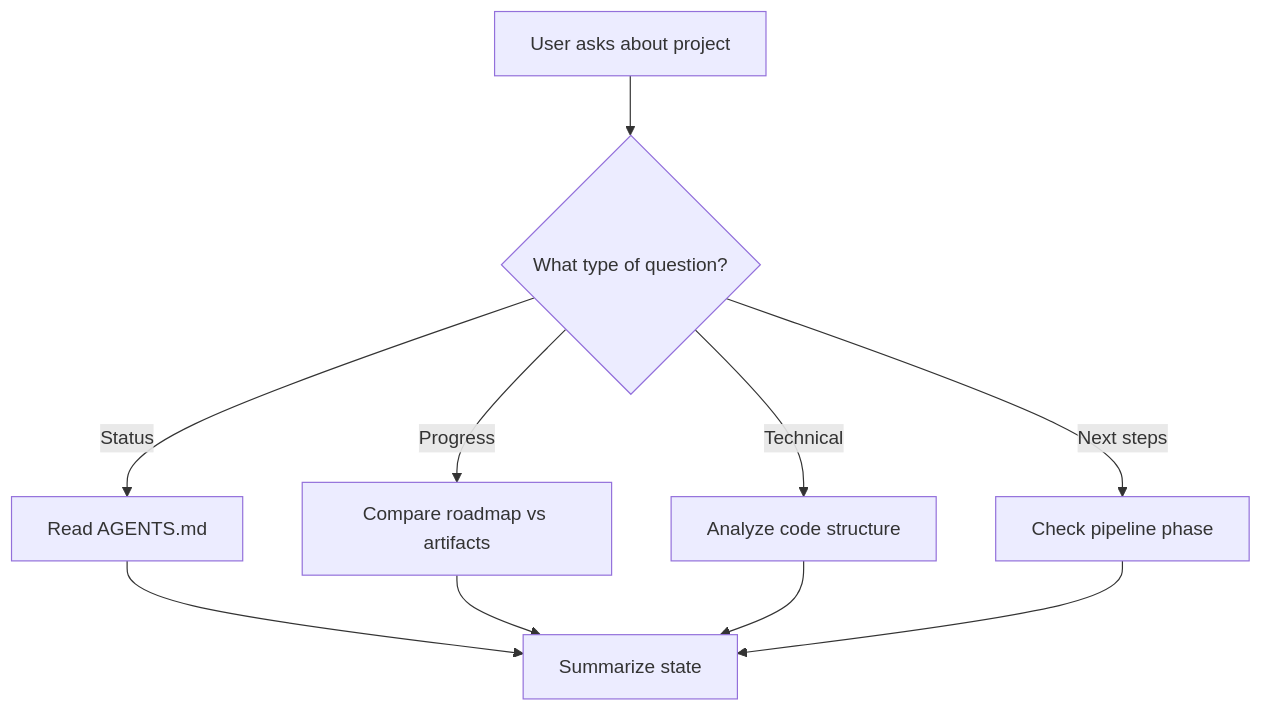
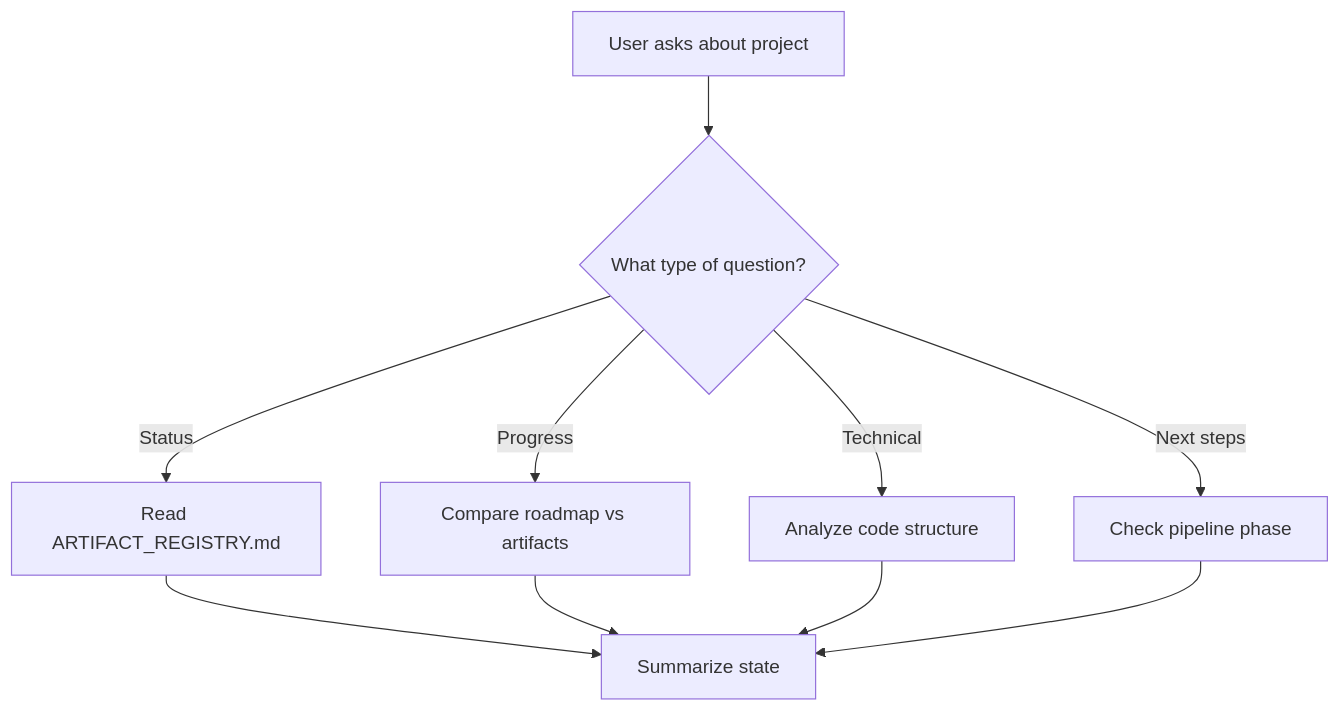
One commit to ydnikolaev/ag-skill-factory changed the diagram in squads/project-bro/examples/decision_flow.md. Above: the diagram before and after it, drawn with Mermaid. The commit also changed other lines of this file and 41 other files, not shown here.

````diff
--- a/squads/project-bro/examples/decision_flow.md
+++ b/squads/project-bro/examples/decision_flow.md
@@ -5,12 +5,12 @@
 ```mermaid
 graph TD
     A[User asks about project] --> B{What type of question?}
-    B -->|Status| C[Read AGENTS.md]
+    B -->|Status| C[Read ARTIFACT_REGISTRY.md]
     B -->|Progress| D[Compare roadmap vs artifacts]
     B -->|Technical| E[Analyze code structure]
     B -->|Next steps| F[Check pipeline phase]
     C --> G[Summarize state]
     D --> G
     E --> G
     F --> G
 ```
````
